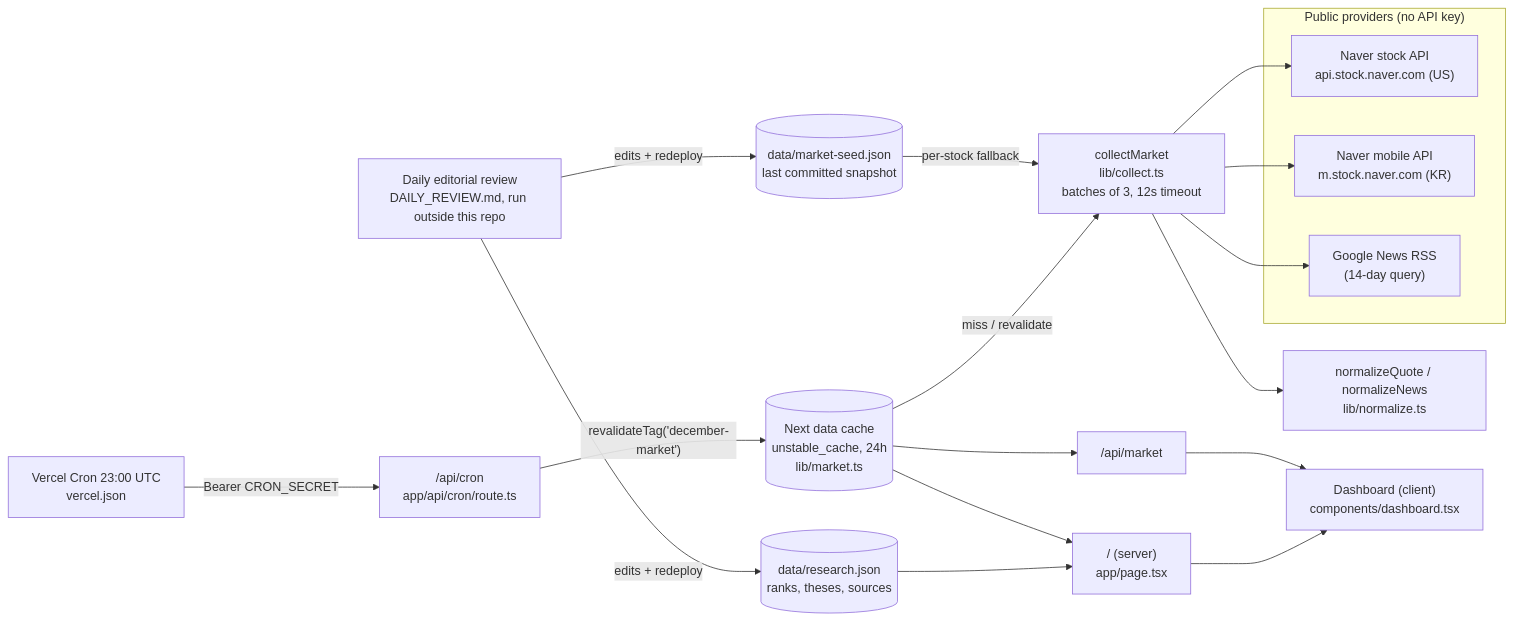
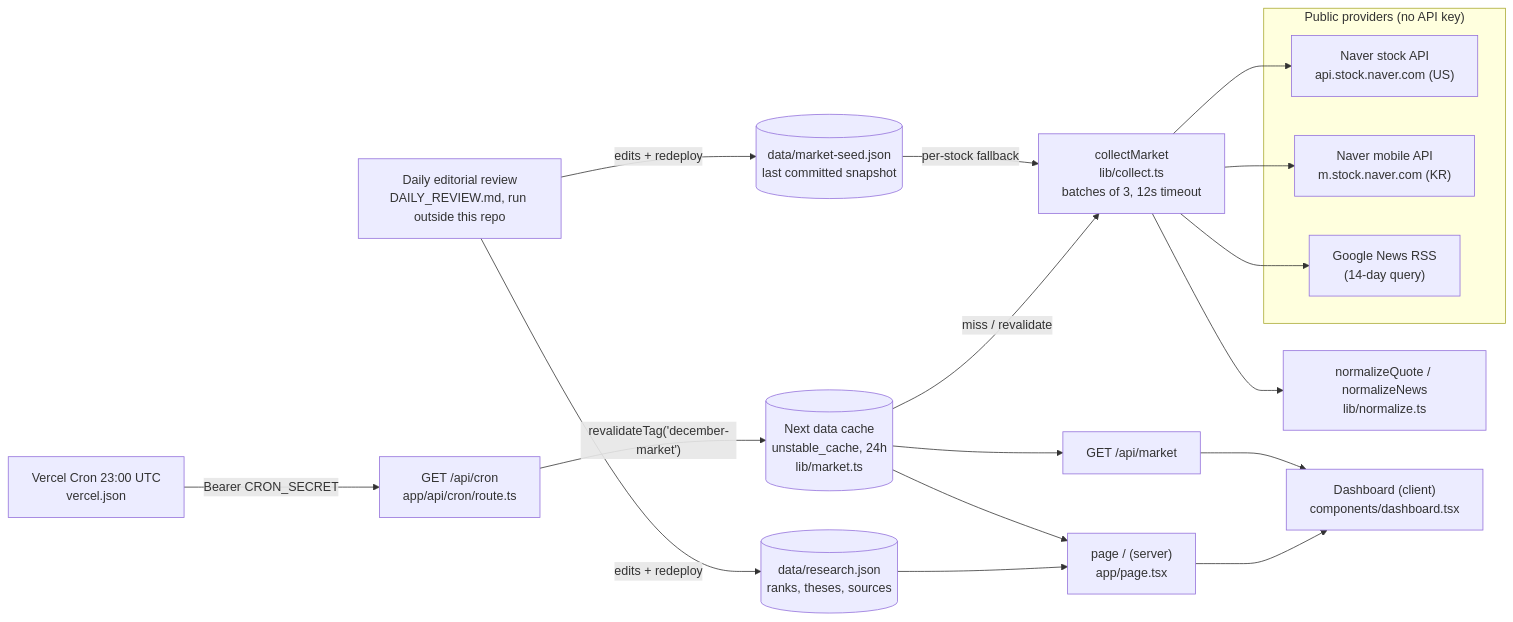
One commit to cskwork/december-stock-radar changed the diagram in README.md. Above: the diagram before and after it, drawn with Mermaid. The commit also changed other lines of this file, not shown here.

Commit message:
docs: correct the stock split to 7 US / 3 KR and name HTTP methods in the diagram

````diff
--- a/README.md
+++ b/README.md
@@ -11,18 +11,18 @@
 ```mermaid
 flowchart LR
   subgraph Providers["Public providers (no API key)"]
     NUS["Naver stock API<br/>api.stock.naver.com (US)"]
     NKR["Naver mobile API<br/>m.stock.naver.com (KR)"]
     GN["Google News RSS<br/>(14-day query)"]
   end
-  CRON["Vercel Cron 23:00 UTC<br/>vercel.json"] -->|"Bearer CRON_SECRET"| RC["/api/cron<br/>app/api/cron/route.ts"]
+  CRON["Vercel Cron 23:00 UTC<br/>vercel.json"] -->|"Bearer CRON_SECRET"| RC["GET /api/cron<br/>app/api/cron/route.ts"]
   RC -->|"revalidateTag('december-market')"| CACHE[("Next data cache<br/>unstable_cache, 24h<br/>lib/market.ts")]
   CACHE -->|"miss / revalidate"| COL["collectMarket<br/>lib/collect.ts<br/>batches of 3, 12s timeout"]
   COL --> NUS & NKR & GN
   COL --> NORM["normalizeQuote / normalizeNews<br/>lib/normalize.ts"]
   SEED[("data/market-seed.json<br/>last committed snapshot")] -->|"per-stock fallback"| COL
   RES[("data/research.json<br/>ranks, theses, sources")] --> PAGE
-  CACHE --> PAGE["/ (server)<br/>app/page.tsx"] --> UI["Dashboard (client)<br/>components/dashboard.tsx"]
-  CACHE --> API["/api/market"] --> UI
+  CACHE --> PAGE["page / (server)<br/>app/page.tsx"] --> UI["Dashboard (client)<br/>components/dashboard.tsx"]
+  CACHE --> API["GET /api/market"] --> UI
   REVIEW["Daily editorial review<br/>DAILY_REVIEW.md, run outside this repo"] -->|"edits + redeploy"| RES & SEED
 ```
````
